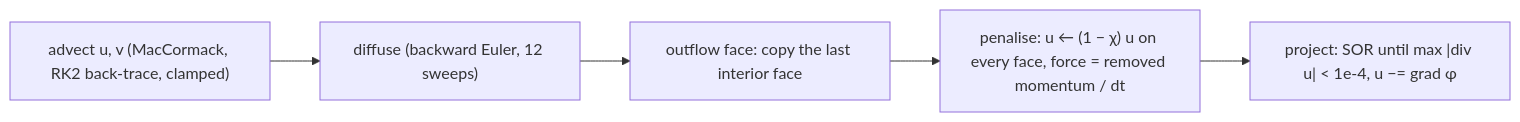
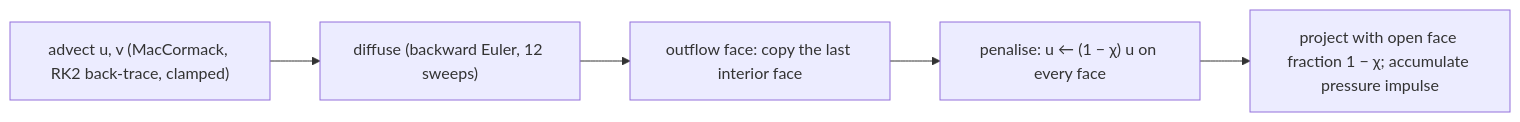
The diagram in docs/theory/05-wake.md (TM-59/current-swimmer), drawn with Mermaid before and after one commit. The commit also changed other lines of this file and 29 other files, not shown here.

````diff
--- a/docs/theory/05-wake.md
+++ b/docs/theory/05-wake.md
@@ -33,7 +35,7 @@
 ```mermaid
 flowchart LR
     A["advect u, v (MacCormack, RK2 back-trace, clamped)"] --> D["diffuse (backward Euler, 12 sweeps)"]
     D --> O["outflow face: copy the last interior face"]
-    O --> P["penalise: u ← (1 − χ) u on every face, force = removed momentum / dt"]
-    P --> Q["project: SOR until max |div u| < 1e-4, u −= grad φ"]
+    O --> P["penalise: u ← (1 − χ) u on every face"]
+    P --> Q["project with open face fraction 1 − χ; accumulate pressure impulse"]
 ```
````
